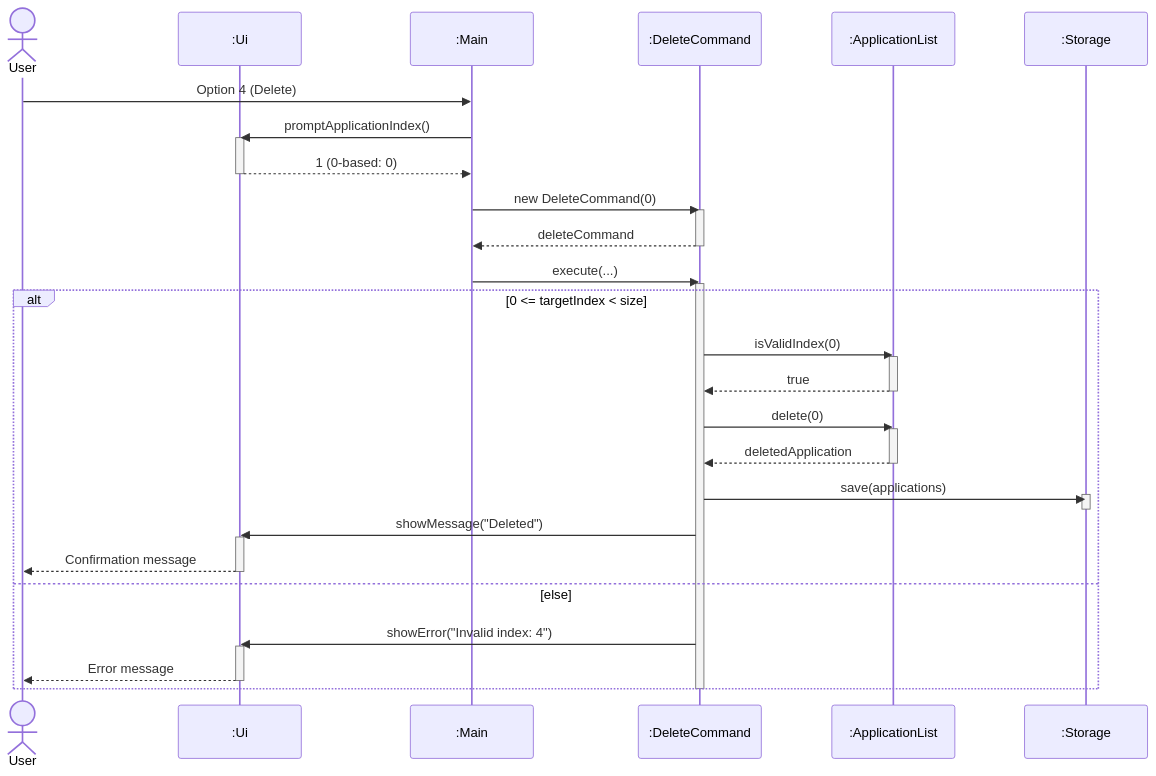
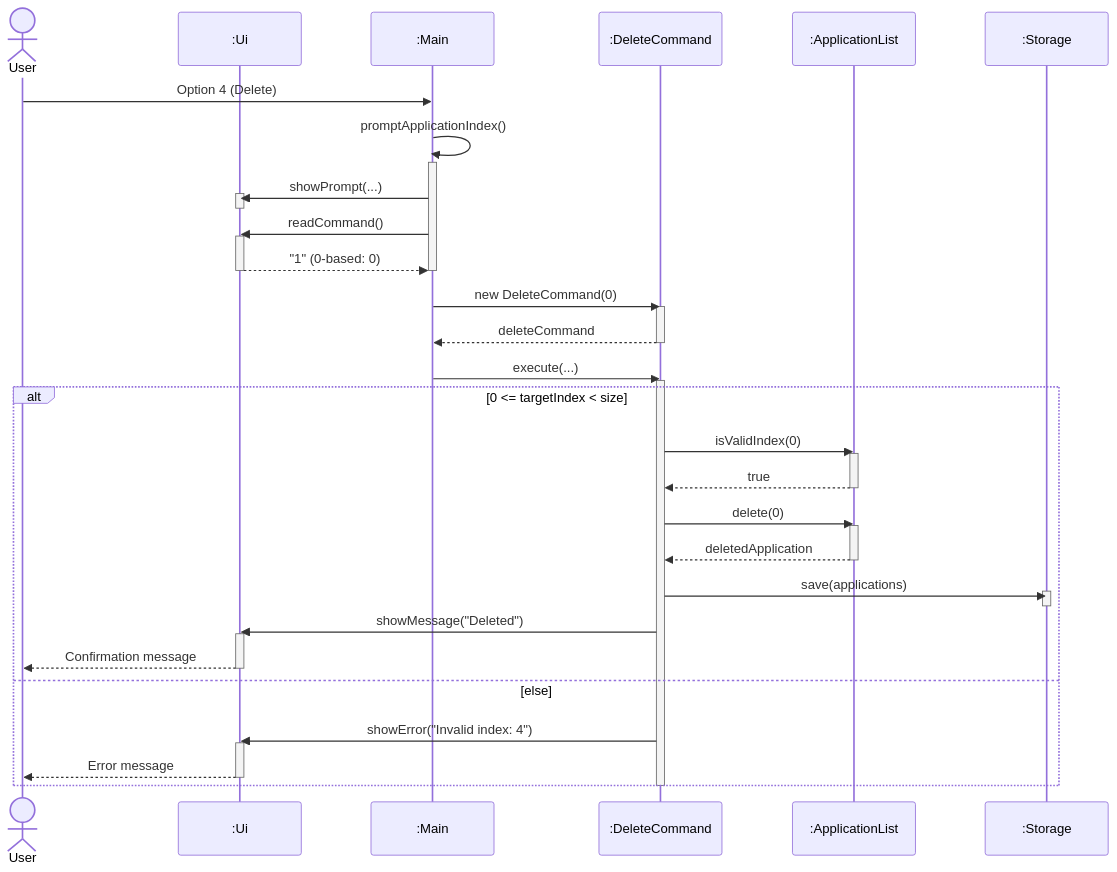
One commit to AY2627S1-CS2113-T10-2/tp changed the diagram in docs/diagrams/sources/delete-application-sequence.mmd. Above: the diagram before and after it, drawn with Mermaid. The commit also changed 57 other files, not shown here.

```diff
--- a/docs/diagrams/sources/delete-application-sequence.mmd
+++ b/docs/diagrams/sources/delete-application-sequence.mmd
@@ -1,45 +1,51 @@
 %%{init: {'theme': 'default', 'sequence': {'actorMargin': 85, 'messageMargin': 45}}}%%
 sequenceDiagram
     actor user as User
     participant ui as :Ui
     participant main as :Main
     participant cmd as :DeleteCommand
     participant list as :ApplicationList
     participant storage as :Storage
 
     user->>main: Option 4 (Delete)
-    main->>ui: promptApplicationIndex()
+    main->>main: promptApplicationIndex()
+    activate main
+    main->>ui: showPrompt(...)
     activate ui
-    ui-->>main: 1 (0-based: 0)
     deactivate ui
+    main->>ui: readCommand()
+    activate ui
+    ui-->>main: "1" (0-based: 0)
+    deactivate ui
+    deactivate main
     main->>cmd: new DeleteCommand(0)
     activate cmd
     cmd-->>main: deleteCommand
     deactivate cmd
     main->>cmd: execute(...)
     activate cmd
 
     alt 0 <= targetIndex < size
         cmd->>list: isValidIndex(0)
         activate list
         list-->>cmd: true
         deactivate list
         cmd->>list: delete(0)
         activate list
         list-->>cmd: deletedApplication
         deactivate list
         cmd->>storage: save(applications)
         activate storage
         deactivate storage
         cmd->>ui: showMessage("Deleted")
         activate ui
         ui-->>user: Confirmation message
         deactivate ui
     else else
         cmd->>ui: showError("Invalid index: 4")
         activate ui
         ui-->>user: Error message
         deactivate ui
     end
 
     deactivate cmd
```
